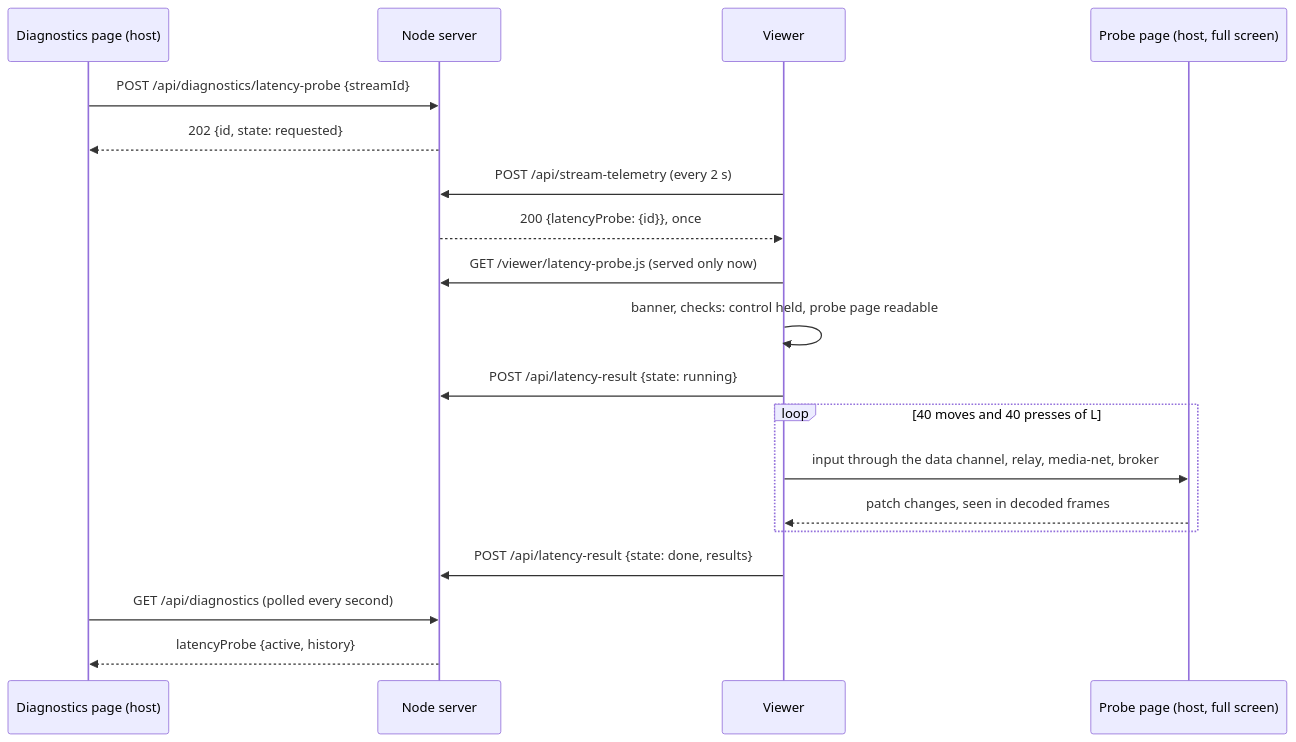
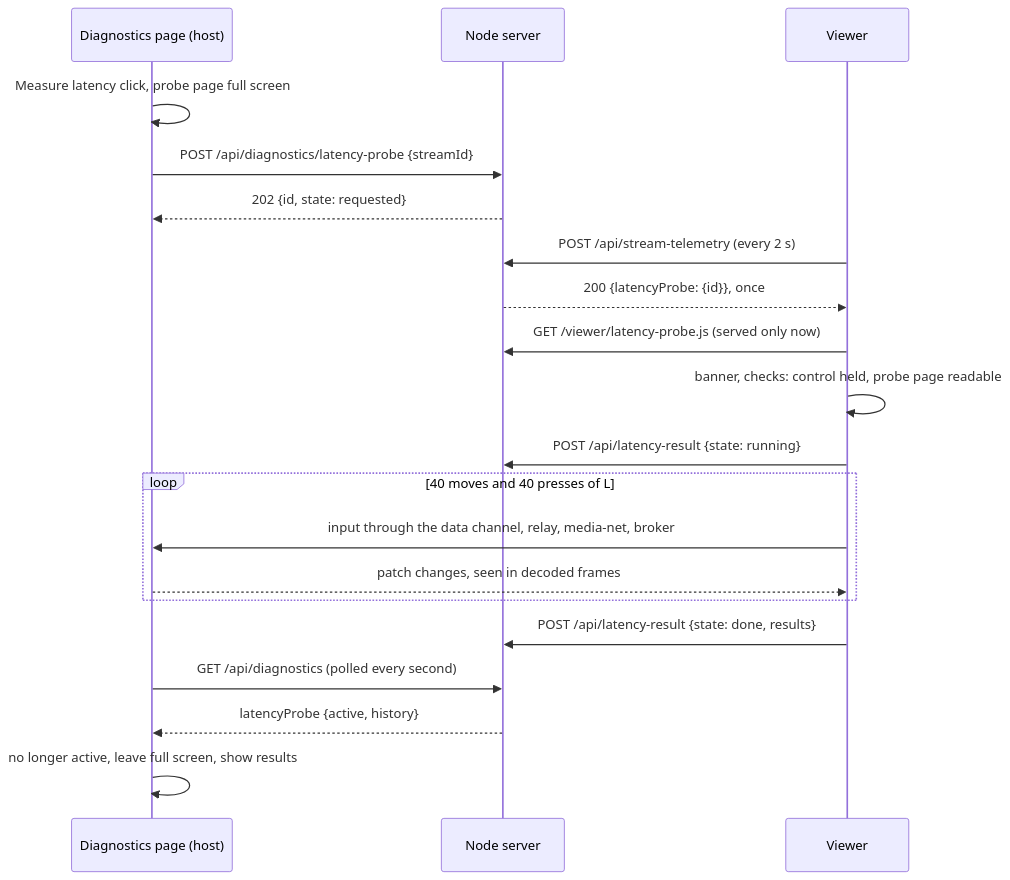
One commit to kiforsbe/vidvnc changed diagram 16 of 21 in docs/ARCHITECTURE.md. Above: the diagram before and after it, drawn with Mermaid. The commit also changed other lines of this file and 17 other files, not shown here.

First line of the commit message:
Diagnostics: show the latency probe page full screen while measuring

````diff
--- a/docs/ARCHITECTURE.md
+++ b/docs/ARCHITECTURE.md
@@ -1078,22 +1085,23 @@
 ```mermaid
 sequenceDiagram
     participant D as Diagnostics page (host)
     participant S as Node server
     participant V as Viewer
-    participant P as Probe page (host, full screen)
 
+    D->>D: Measure latency click, probe page full screen
     D->>S: POST /api/diagnostics/latency-probe {streamId}
     S-->>D: 202 {id, state: requested}
     V->>S: POST /api/stream-telemetry (every 2 s)
     S-->>V: 200 {latencyProbe: {id}}, once
     V->>S: GET /viewer/latency-probe.js (served only now)
     V->>V: banner, checks: control held, probe page readable
     V->>S: POST /api/latency-result {state: running}
     loop 40 moves and 40 presses of L
-        V->>P: input through the data channel, relay, media-net, broker
-        P-->>V: patch changes, seen in decoded frames
+        V->>D: input through the data channel, relay, media-net, broker
+        D-->>V: patch changes, seen in decoded frames
     end
     V->>S: POST /api/latency-result {state: done, results}
     D->>S: GET /api/diagnostics (polled every second)
     S-->>D: latencyProbe {active, history}
+    D->>D: no longer active, leave full screen, show results
 ```
````
